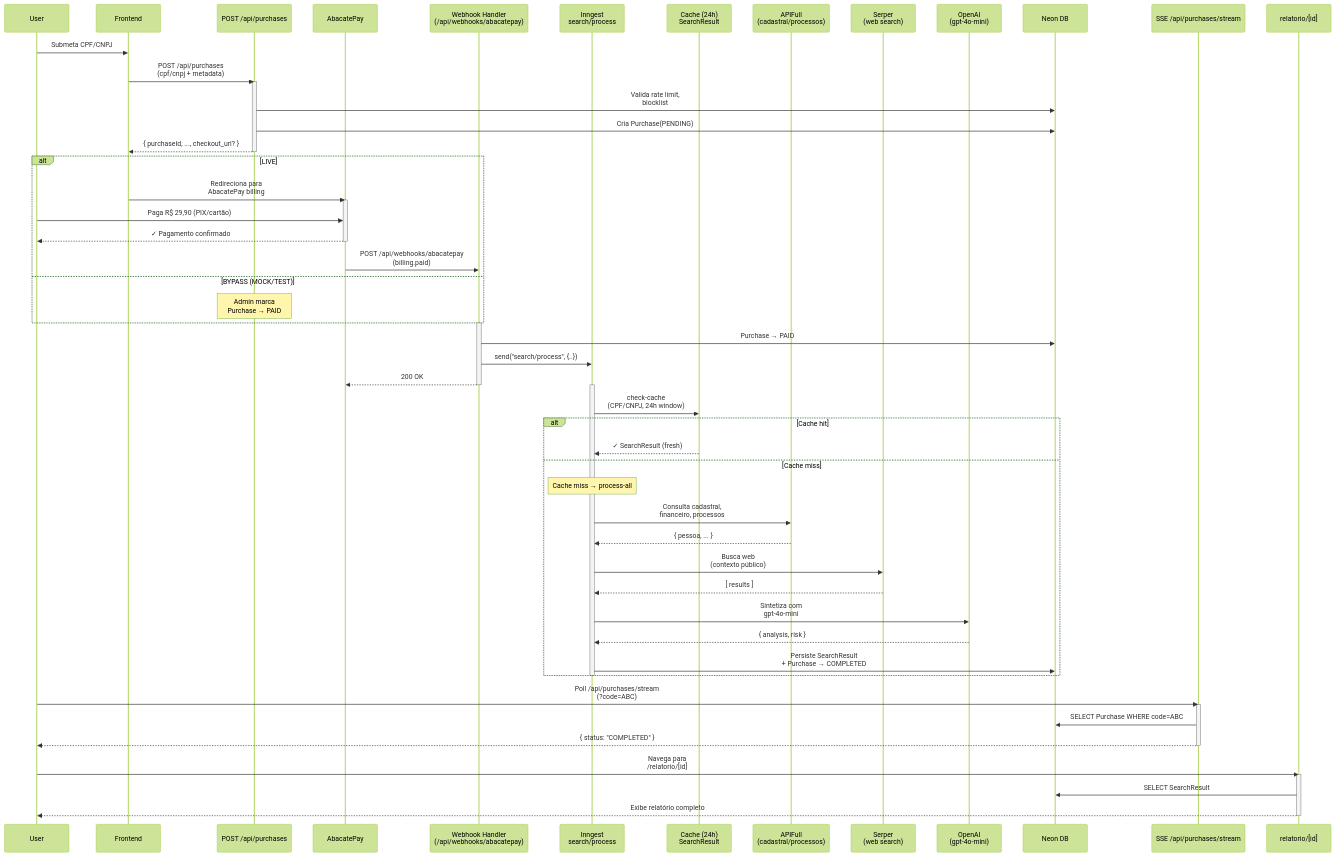
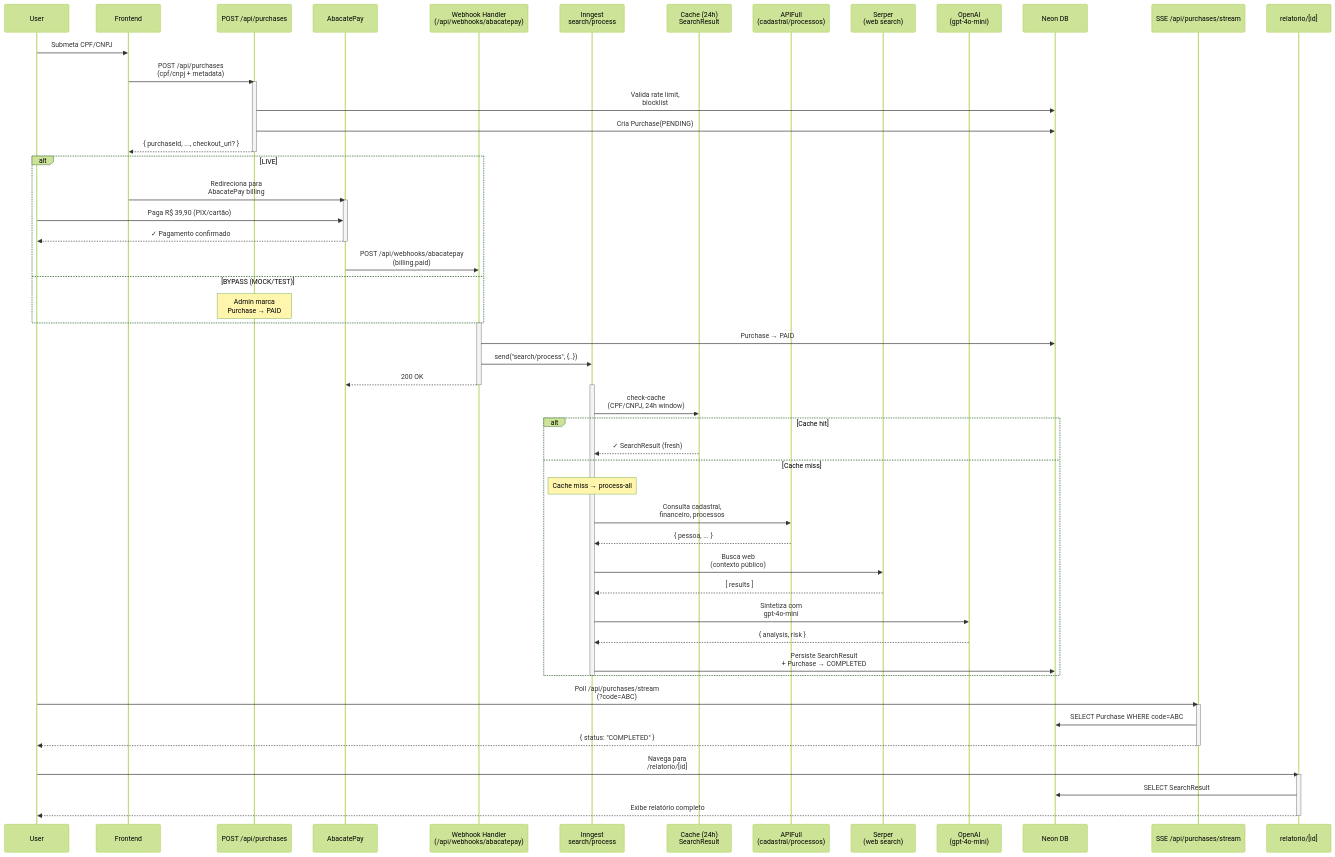
Before and after one commit to dvluana/eopix: the first of 3 diagrams in docs/architecture.md, drawn with Mermaid (forest theme). The commit also changed other lines of this file and 3 other files, not shown here.

````diff
--- a/docs/architecture.md
+++ b/docs/architecture.md
@@ -31,69 +31,69 @@
 ```mermaid
 sequenceDiagram
     participant User as User
     participant Frontend as Frontend
     participant API as POST /api/purchases
     participant Payment as AbacatePay
     participant Webhook as Webhook Handler<br/>(/api/webhooks/abacatepay)
     participant Inngest as Inngest<br/>search/process
     participant Cache as Cache (24h)<br/>SearchResult
     participant APIFull as APIFull<br/>(cadastral/processos)
     participant Serper as Serper<br/>(web search)
     participant OpenAI as OpenAI<br/>(gpt-4o-mini)
     participant DB as Neon DB
     participant SSE as SSE /api/purchases/stream
     participant Relatorio as relatorio/[id]
 
     User->>Frontend: Submeta CPF/CNPJ
     Frontend->>API: POST /api/purchases<br/>(cpf/cnpj + metadata)
     activate API
     API->>DB: Valida rate limit,<br/>blocklist
     API->>DB: Cria Purchase(PENDING)
     API-->>Frontend: { purchaseId, ..., checkout_url? }
     deactivate API
 
     alt LIVE
         Frontend->>Payment: Redireciona para<br/>AbacatePay billing
         activate Payment
-        User->>Payment: Paga R$ 29,90 (PIX/cartão)
+        User->>Payment: Paga R$ 39,90 (PIX/cartão)
         Payment-->>User: ✓ Pagamento confirmado
         deactivate Payment
         Payment->>Webhook: POST /api/webhooks/abacatepay<br/>(billing.paid)
     else BYPASS (MOCK/TEST)
         note over API: Admin marca<br/>Purchase → PAID
     end
 
     activate Webhook
     Webhook->>DB: Purchase → PAID
     Webhook->>Inngest: send("search/process", {..})
     Webhook-->>Payment: 200 OK
     deactivate Webhook
 
     activate Inngest
     Inngest->>Cache: check-cache<br/>(CPF/CNPJ, 24h window)
     alt Cache hit
         Cache-->>Inngest: ✓ SearchResult (fresh)
     else Cache miss
         note over Inngest: Cache miss → process-all
         Inngest->>APIFull: Consulta cadastral,<br/>financeiro, processos
         APIFull-->>Inngest: { pessoa, ... }
         Inngest->>Serper: Busca web<br/>(contexto público)
         Serper-->>Inngest: [ results ]
         Inngest->>OpenAI: Sintetiza com<br/>gpt-4o-mini
         OpenAI-->>Inngest: { analysis, risk }
         Inngest->>DB: Persiste SearchResult<br/>+ Purchase → COMPLETED
     end
     deactivate Inngest
 
     User->>SSE: Poll /api/purchases/stream<br/>(?code=ABC)
     activate SSE
     SSE->>DB: SELECT Purchase WHERE code=ABC
     SSE-->>User: { status: "COMPLETED" }
     deactivate SSE
 
     User->>Relatorio: Navega para<br/>/relatorio/[id]
     activate Relatorio
     Relatorio->>DB: SELECT SearchResult
     Relatorio-->>User: Exibe relatório completo
     deactivate Relatorio
 ```
````
